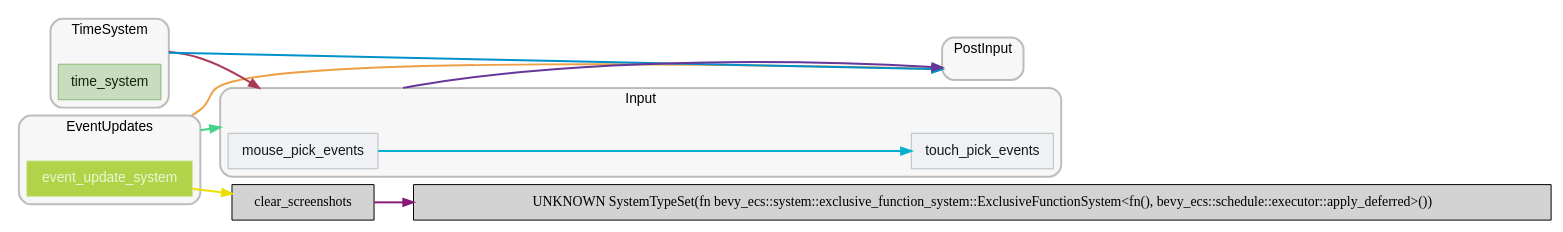
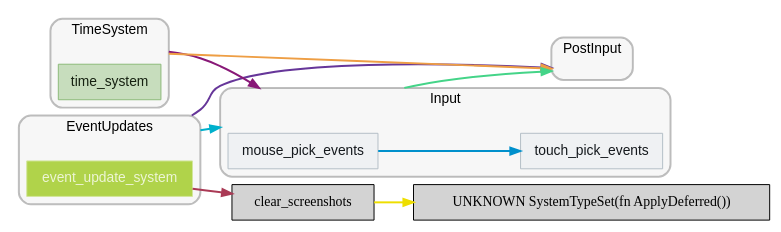
Before and after one commit to jakobhellermann/bevy_mod_debugdump: the diagram in docs/schedule/light/schedule_First.dot, drawn with Graphviz. The commit also changed 72 other files, not shown here.

```diff
--- a/docs/schedule/light/schedule_First.dot
+++ b/docs/schedule/light/schedule_First.dot
@@ -1,67 +1,67 @@
 digraph "" {
 	"compound"="true";
 	"splines"="spline";
 	"rankdir"="LR";
 	"bgcolor"="white";
 	"fontname"="Helvetica";
 	"nodesep"="0.15";
 	edge ["penwidth"="2"];
 	node ["shape"="box", "style"="filled"];
 	subgraph "clusternode_Set(1)" {
 		"style"="rounded,filled";
 		"label"="EventUpdates";
 		"tooltip"="EventUpdates";
 		"fillcolor"="#00000008";
 		"fontcolor"="#000000";
 		"color"="#00000040";
 		"penwidth"="2";
 		"set_marker_node_Set(1)" ["style"="invis", "label"="", "shape"="point"]
 		"node_System(0)" ["label"="event_update_system", "tooltip"="bevy_ecs::event::update::event_update_system", "fillcolor"="#b0d34a", "fontname"="Helvetica", "fontcolor"="#edf5d5", "color"="#d3e69c", "penwidth"="1"]
 	}
 	
 	subgraph "clusternode_Set(3)" {
 		"style"="rounded,filled";
 		"label"="TimeSystem";
 		"tooltip"="TimeSystem";
 		"fillcolor"="#00000008";
 		"fontcolor"="#000000";
 		"color"="#00000040";
 		"penwidth"="2";
 		"set_marker_node_Set(3)" ["style"="invis", "label"="", "shape"="point"]
 		"node_System(1)" ["label"="time_system", "tooltip"="bevy_time::time_system", "fillcolor"="#c7ddbd", "fontname"="Helvetica", "fontcolor"="#162111", "color"="#8dba79", "penwidth"="1"]
 	}
 	
 	subgraph "clusternode_Set(7)" {
 		"style"="rounded,filled";
 		"label"="Input";
 		"tooltip"="Input";
 		"fillcolor"="#00000008";
 		"fontcolor"="#000000";
 		"color"="#00000040";
 		"penwidth"="2";
 		"set_marker_node_Set(7)" ["style"="invis", "label"="", "shape"="point"]
 		"node_System(3)" ["label"="mouse_pick_events", "tooltip"="bevy_picking::input::mouse_pick_events", "fillcolor"="#eff1f3", "fontname"="Helvetica", "fontcolor"="#15191d", "color"="#b4bec7", "penwidth"="1"]
 		"node_System(4)" ["label"="touch_pick_events", "tooltip"="bevy_picking::input::touch_pick_events", "fillcolor"="#eff1f3", "fontname"="Helvetica", "fontcolor"="#15191d", "color"="#b4bec7", "penwidth"="1"]
 	}
 	
 	subgraph "clusternode_Set(9)" {
 		"style"="rounded,filled";
 		"label"="PostInput";
 		"tooltip"="PostInput";
 		"fillcolor"="#00000008";
 		"fontcolor"="#000000";
 		"color"="#00000040";
 		"penwidth"="2";
 		"set_marker_node_Set(9)" ["style"="invis", "label"="", "shape"="point"]
 	}
 	
 	"node_System(2)" ["label"="clear_screenshots", "tooltip"="bevy_render::view::window::screenshot::clear_screenshots"]
-	"node_System(0)" -> "node_System(2)" ["lhead"="", "ltail"="", "tooltip"="SystemTypeSet(fn bevy_ecs::system::exclusive_function_system::ExclusiveFunctionSystem<fn(bevy_ecs::system::system_param::Local<bevy_ecs::component::Tick>), bevy_ecs::event::update::event_update_system>()) → clear_screenshots", "color"="#eede00"]
-	"node_System(2)" -> "UNKNOWN SystemTypeSet(fn bevy_ecs::system::exclusive_function_system::ExclusiveFunctionSystem<fn(), bevy_ecs::schedule::executor::apply_deferred>())" ["lhead"="", "ltail"="", "tooltip"="clear_screenshots → SystemTypeSet(fn bevy_ecs::system::exclusive_function_system::ExclusiveFunctionSystem<fn(), bevy_ecs::schedule::executor::apply_deferred>())", "color"="#881877"]
-	"node_System(3)" -> "node_System(4)" ["lhead"="", "ltail"="", "tooltip"="mouse_pick_events → touch_pick_events", "color"="#00b0cc"]
-	"set_marker_node_Set(3)" -> "set_marker_node_Set(7)" ["lhead"="clusternode_Set(7)", "ltail"="clusternode_Set(3)", "tooltip"="TimeSystem → Input", "color"="#aa3a55"]
-	"set_marker_node_Set(1)" -> "set_marker_node_Set(7)" ["lhead"="clusternode_Set(7)", "ltail"="clusternode_Set(1)", "tooltip"="EventUpdates → Input", "color"="#44d488"]
-	"set_marker_node_Set(3)" -> "set_marker_node_Set(9)" ["lhead"="clusternode_Set(9)", "ltail"="clusternode_Set(3)", "tooltip"="TimeSystem → PostInput", "color"="#0090cc"]
-	"set_marker_node_Set(1)" -> "set_marker_node_Set(9)" ["lhead"="clusternode_Set(9)", "ltail"="clusternode_Set(1)", "tooltip"="EventUpdates → PostInput", "color"="#ee9e44"]
-	"set_marker_node_Set(7)" -> "set_marker_node_Set(9)" ["lhead"="clusternode_Set(9)", "ltail"="clusternode_Set(7)", "tooltip"="Input → PostInput", "color"="#663699"]
+	"node_System(2)" -> "UNKNOWN SystemTypeSet(fn ApplyDeferred())" ["lhead"="", "ltail"="", "tooltip"="clear_screenshots → SystemTypeSet(fn bevy_ecs::schedule::executor::ApplyDeferred())", "color"="#eede00"]
+	"set_marker_node_Set(3)" -> "set_marker_node_Set(7)" ["lhead"="clusternode_Set(7)", "ltail"="clusternode_Set(3)", "tooltip"="TimeSystem → Input", "color"="#881877"]
+	"set_marker_node_Set(1)" -> "set_marker_node_Set(7)" ["lhead"="clusternode_Set(7)", "ltail"="clusternode_Set(1)", "tooltip"="EventUpdates → Input", "color"="#00b0cc"]
+	"node_System(0)" -> "node_System(2)" ["lhead"="", "ltail"="", "tooltip"="SystemTypeSet(fn bevy_ecs::system::exclusive_function_system::ExclusiveFunctionSystem<fn(bevy_ecs::system::system_param::Local<bevy_ecs::component::Tick>), bevy_ecs::event::update::event_update_system>()) → clear_screenshots", "color"="#aa3a55"]
+	"set_marker_node_Set(7)" -> "set_marker_node_Set(9)" ["lhead"="clusternode_Set(9)", "ltail"="clusternode_Set(7)", "tooltip"="Input → PostInput", "color"="#44d488"]
+	"node_System(3)" -> "node_System(4)" ["lhead"="", "ltail"="", "tooltip"="mouse_pick_events → touch_pick_events", "color"="#0090cc"]
+	"set_marker_node_Set(3)" -> "set_marker_node_Set(9)" ["lhead"="clusternode_Set(9)", "ltail"="clusternode_Set(3)", "tooltip"="TimeSystem → PostInput", "color"="#ee9e44"]
+	"set_marker_node_Set(1)" -> "set_marker_node_Set(9)" ["lhead"="clusternode_Set(9)", "ltail"="clusternode_Set(1)", "tooltip"="EventUpdates → PostInput", "color"="#663699"]
 }
```
